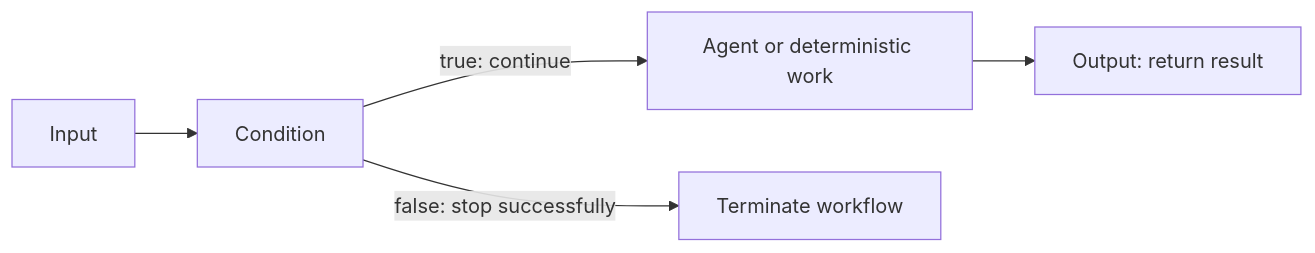
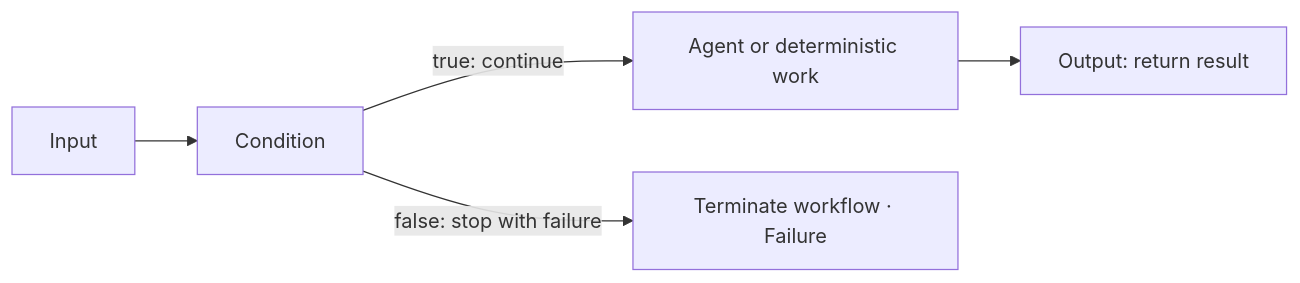
Before and after one commit to gnalvesteffer/visual-agent-workflow: the diagram in docs/workflow-termination.md, drawn with Mermaid. The commit also changed other lines of this file and 65 other files, not shown here.

````diff
--- a/docs/workflow-termination.md
+++ b/docs/workflow-termination.md
@@ -5,7 +5,7 @@
 ```mermaid
 flowchart LR
     Input["Input"] --> Check["Condition"]
     Check -->|"true: continue"| Work["Agent or deterministic work"]
     Work --> Output["Output: return result"]
-    Check -->|"false: stop successfully"| Stop["Terminate workflow"]
+    Check -->|"false: stop with failure"| Stop["Terminate workflow · Failure"]
 ```
````
